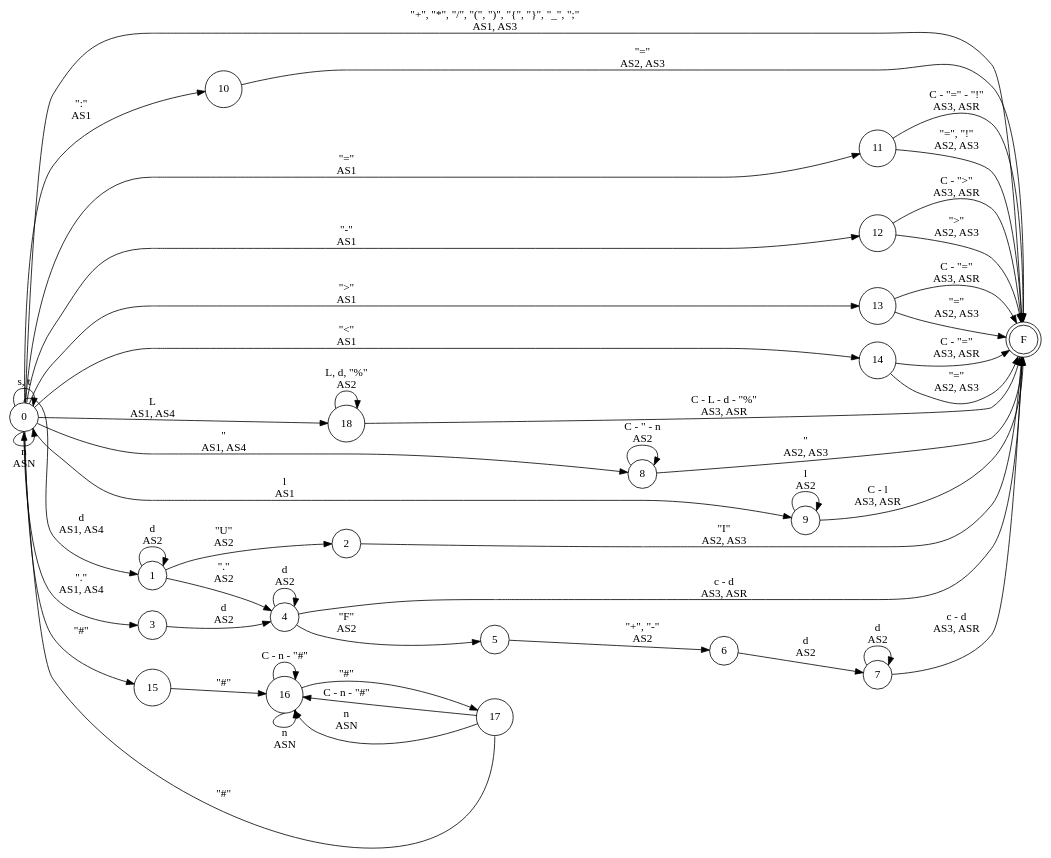
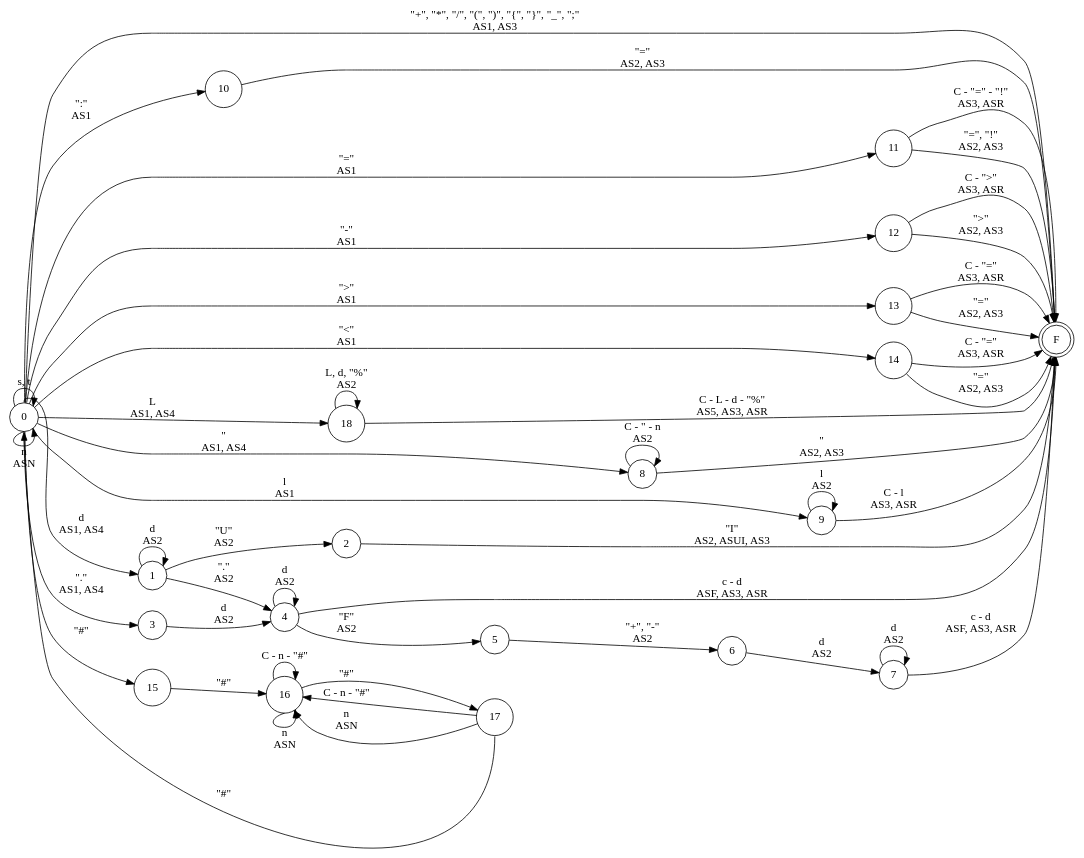
One commit to iroumec/RouVel-Compiler changed the diagram in resources/FA/FA.dot. Above: the diagram before and after it, drawn with Graphviz. The commit also changed 15 other files, not shown here.

```diff
--- a/resources/FA/FA.dot
+++ b/resources/FA/FA.dot
@@ -1,57 +1,57 @@
 digraph DFA {
     // Layout.
     rankdir = LR;
     // Estados normales.
     node [shape = circle;];
     // Estado de aceptación.
     F [shape = doublecircle;];
     
     0 -> 0 [label = "n \n ASN"; tailport = s;];
     0 -> 0 [label = "s, t";];
     0 -> 10 [label = "\":\" \n AS1";];
     0 -> 11 [label = "\"=\" \n AS1";];
     0 -> 12 [label = "\"-\" \n AS1";];
     0 -> 13 [label = "\">\" \n AS1";];
     0 -> 14 [label = "\"<\" \n AS1";];
     0 -> 15 [label = "\"#\"";];
     0 -> 18 [label = "L \n AS1, AS4";];
     0 -> 1 [label = "d \n AS1, AS4"; tailport = n;];
     0 -> 3 [label = "\".\" \n AS1, AS4"; tailport = s;];
     0 -> 8 [label = "\" \n AS1, AS4";];
     0 -> 9 [label = "l \n AS1";];
     0 -> F [label = "\"+\", \"*\", \"/\", \"(\", \")\", \"{\", \"}\", \"_\", \";\" \n AS1, AS3";];
     1 -> 1 [label = "d \n AS2";];
     1 -> 2 [label = "\"U\" \n AS2";];
     1 -> 4 [label = "\".\" \n AS2";];
-    2 -> F [label = "\"I\" \n AS2, AS3";];
+    2 -> F [label = "\"I\" \n AS2, ASUI, AS3";];
     3 -> 4 [label = "d \n AS2";];
     4 -> 4 [label = "d \n AS2";];
     4 -> 5 [label = "\"F\" \n AS2";];
-    4 -> F [label = "c - d \n AS3, ASR";];
+    4 -> F [label = "c - d \n ASF, AS3, ASR";];
     5 -> 6 [label = "\"+\", \"-\" \n AS2";];
     6 -> 7 [label = "d \n AS2";];
     7 -> 7 [label = "d \n AS2";];
-    7 -> F [label = "c - d \n AS3, ASR";];
+    7 -> F [label = "c - d \n ASF, AS3, ASR";];
     8 -> 8 [label = "C - \" - n \n AS2";];
     8 -> F [label = "\" \n AS2, AS3";];
     9 -> 9 [label = "l \n AS2";];
     9 -> F [label = "C - l \n AS3, ASR";];
     10 -> F [label = "\"=\" \n AS2, AS3";];
     11 -> F [label = "C - \"=\" - \"!\" \n AS3, ASR";];
     11 -> F [label = "\"=\", \"!\" \n AS2, AS3";];
     12 -> F [label = "C - \">\" \n AS3, ASR";];
     12 -> F [label = "\">\" \n AS2, AS3";];
     13 -> F [label = "C - \"=\" \n AS3, ASR";];
     13 -> F [label = "\"=\" \n AS2, AS3";];
     14 -> F [label = "C - \"=\" \n AS3, ASR";];
     14 -> F [label = "\"=\" \n AS2, AS3";];
     15 -> 16 [label = "\"#\"";];
     16 -> 16 [label = "C - n - \"#\"";];
     16 -> 16 [label = "n \n ASN"; tailport = s;];
     16 -> 17 [label = "\"#\"";];
     17 -> 0 [label = "\"#\""; headport = s; tailport = s;];
     17 -> 16 [label = "C - n - \"#\"";];
     17 -> 16 [label = "n \n ASN";];
     18 -> 18 [label = "L, d, \"%\"\nAS2";];
-    18 -> F [label = "C - L - d - \"%\"\nAS3, ASR";];
+    18 -> F [label = "C - L - d - \"%\"\n AS5, AS3, ASR";];
 }
```
